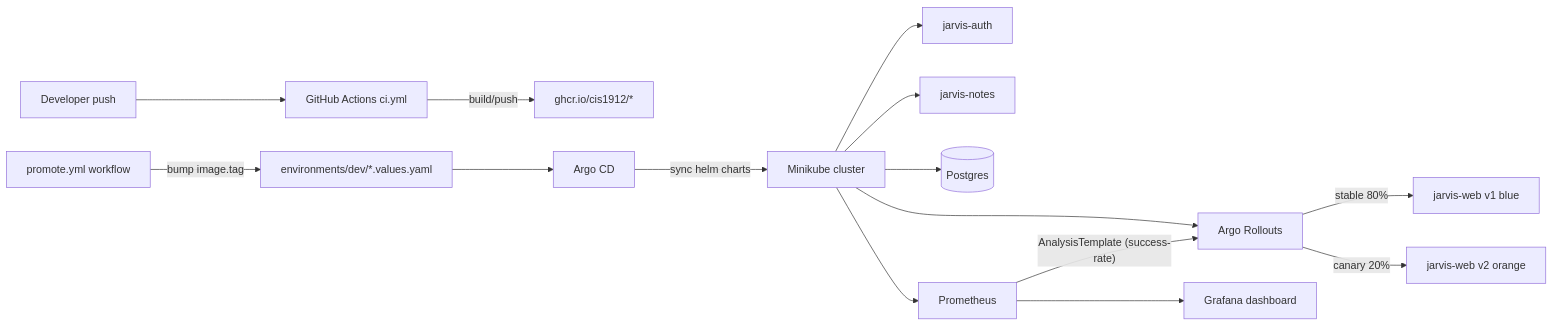
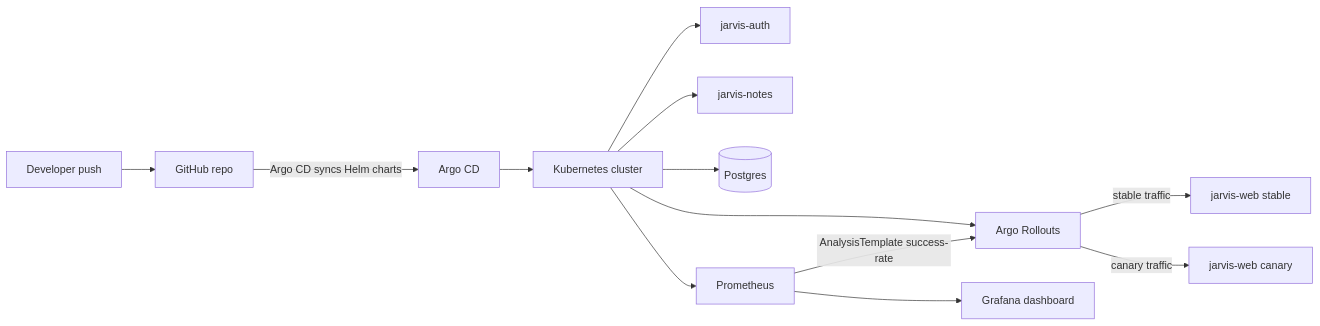
One commit to logbrass/dev_ops changed the diagram in README.md. Above: the diagram before and after it, drawn with Mermaid. The commit also changed other lines of this file and 5 other files, not shown here.

````diff
--- a/README.md
+++ b/README.md
@@ -31,17 +45,15 @@
 ```mermaid
 flowchart LR
-    Dev[Developer push] --> GHA[GitHub Actions ci.yml]
-    GHA -->|build/push| GHCR[ghcr.io/cis1912/*]
-    Promote[promote.yml workflow] -->|bump image.tag| Repo[environments/dev/*.values.yaml]
-    Repo --> ArgoCD[Argo CD]
-    ArgoCD -->|sync helm charts| Cluster[Minikube cluster]
+    Dev[Developer push] --> Repo[GitHub repo]
+    Repo -->|Argo CD syncs Helm charts| ArgoCD[Argo CD]
+    ArgoCD --> Cluster[Kubernetes cluster]
     Cluster --> Rollouts[Argo Rollouts]
-    Rollouts -->|stable 80%| WebStable["jarvis-web v1 blue"]
-    Rollouts -->|canary 20%| WebCanary["jarvis-web v2 orange"]
+    Rollouts -->|stable traffic| WebStable["jarvis-web stable"]
+    Rollouts -->|canary traffic| WebCanary["jarvis-web canary"]
     Cluster --> Auth[jarvis-auth]
     Cluster --> Notes[jarvis-notes]
-    Cluster --> PG[("Postgres")]
+    Cluster --> PG[(Postgres)]
     Cluster --> Prom[Prometheus]
-    Prom -->|"AnalysisTemplate (success-rate)"| Rollouts
+    Prom -->|AnalysisTemplate success-rate| Rollouts
     Prom --> Graf[Grafana dashboard]
 ```
````
